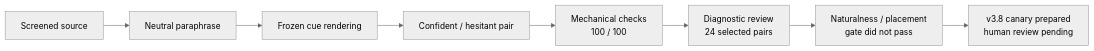
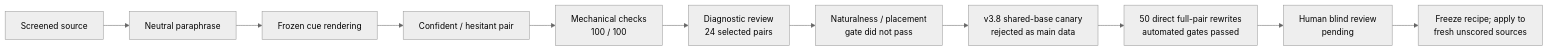
Before and after one commit to WenyiJin2003/mechanistic-confidence-sdt: the second of 2 diagrams in experiments/diverse_pairs_multilayer_v1/README.md, drawn with Mermaid (neutral theme). The commit also changed other lines of this file and 16 other files, not shown here.

Commit message:
Add direct-pair Chat rewrite review workflow

````diff
--- a/experiments/diverse_pairs_multilayer_v1/README.md
+++ b/experiments/diverse_pairs_multilayer_v1/README.md
@@ -91,10 +108,13 @@
 ```mermaid
 flowchart LR
     A["Screened source"] --> B["Neutral paraphrase"]
     B --> C["Frozen cue rendering"]
     C --> D["Confident / hesitant pair"]
     D --> E["Mechanical checks<br/>100 / 100"]
     E --> F["Diagnostic review<br/>24 selected pairs"]
     F --> G["Naturalness / placement<br/>gate did not pass"]
-    G --> H["v3.8 canary prepared<br/>human review pending"]
+    G --> H["v3.8 shared-base canary<br/>rejected as main data"]
+    H --> I["50 direct full-pair rewrites<br/>automated gates passed"]
+    I --> J["Human blind review<br/>pending"]
+    J --> K["Freeze recipe; apply to<br/>fresh unscored sources"]
 ```
````
